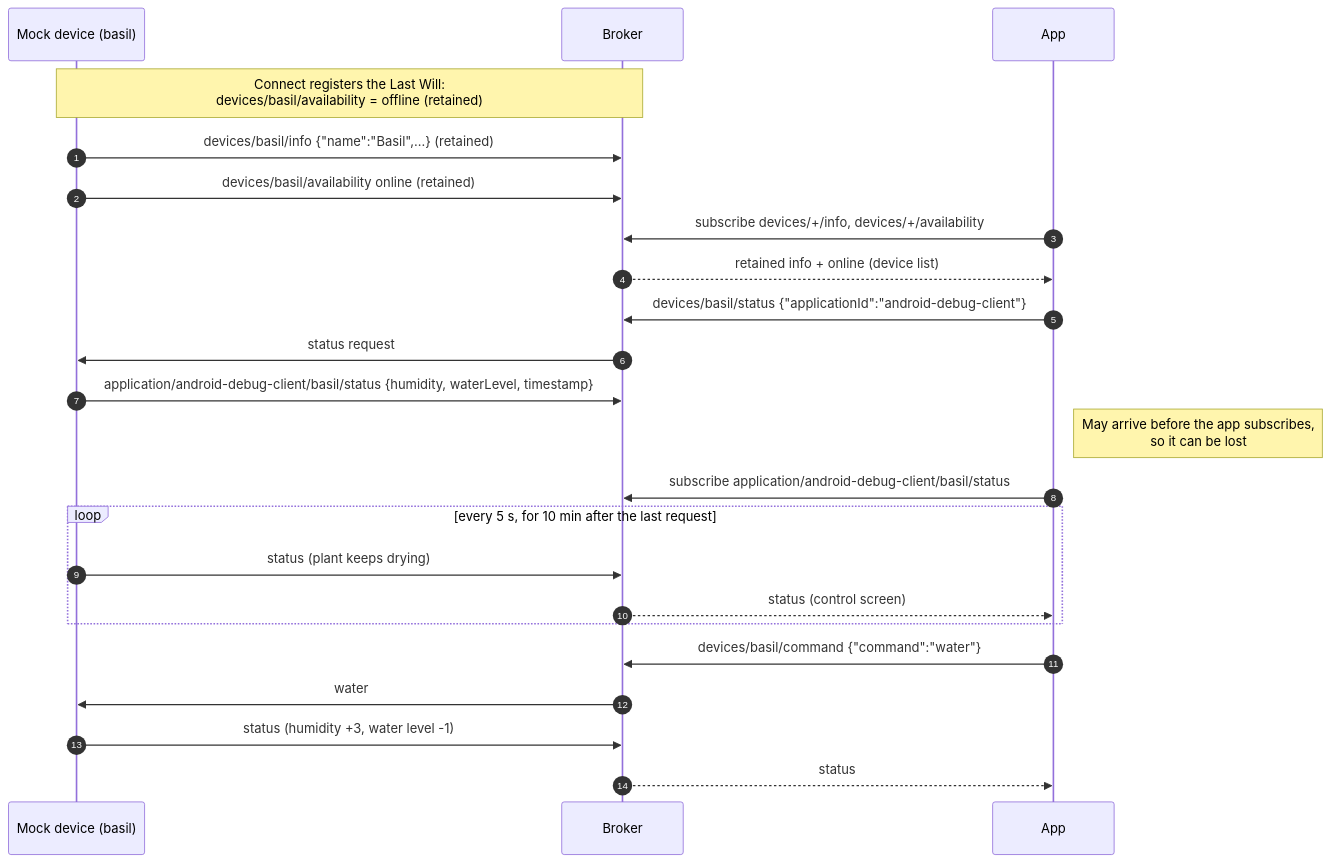
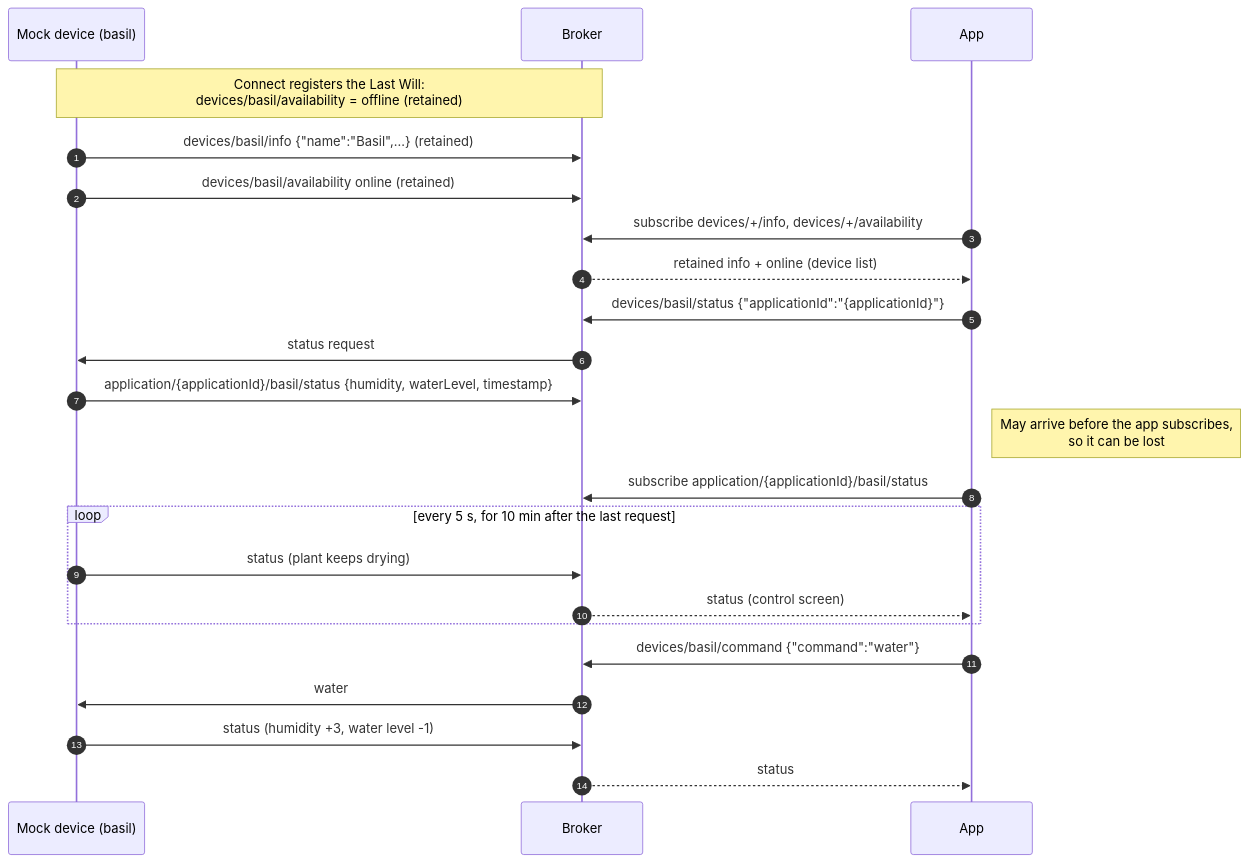
Before and after one commit to rsetkus/pliuskis: the second of 4 diagrams in staging/README.md, drawn with Mermaid. The commit also changed other lines of this file and 73 other files, not shown here.

````diff
--- a/staging/README.md
+++ b/staging/README.md
@@ -173,28 +173,28 @@
 ```mermaid
 sequenceDiagram
     autonumber
     participant D as Mock device (basil)
     participant B as Broker
     participant A as App
 
     Note over D,B: Connect registers the Last Will:<br/>devices/basil/availability = offline (retained)
     D->>B: devices/basil/info {"name":"Basil",...} (retained)
     D->>B: devices/basil/availability online (retained)
     A->>B: subscribe devices/+/info, devices/+/availability
     B-->>A: retained info + online (device list)
 
-    A->>B: devices/basil/status {"applicationId":"android-debug-client"}
+    A->>B: devices/basil/status {"applicationId":"{applicationId}"}
     B->>D: status request
-    D->>B: application/android-debug-client/basil/status {humidity, waterLevel, timestamp}
+    D->>B: application/{applicationId}/basil/status {humidity, waterLevel, timestamp}
     Note right of A: May arrive before the app subscribes,<br/>so it can be lost
-    A->>B: subscribe application/android-debug-client/basil/status
+    A->>B: subscribe application/{applicationId}/basil/status
     loop every 5 s, for 10 min after the last request
         D->>B: status (plant keeps drying)
         B-->>A: status (control screen)
     end
 
     A->>B: devices/basil/command {"command":"water"}
     B->>D: water
     D->>B: status (humidity +3, water level -1)
     B-->>A: status
 ```
````
